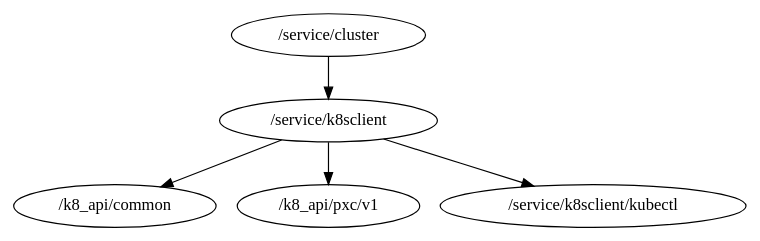
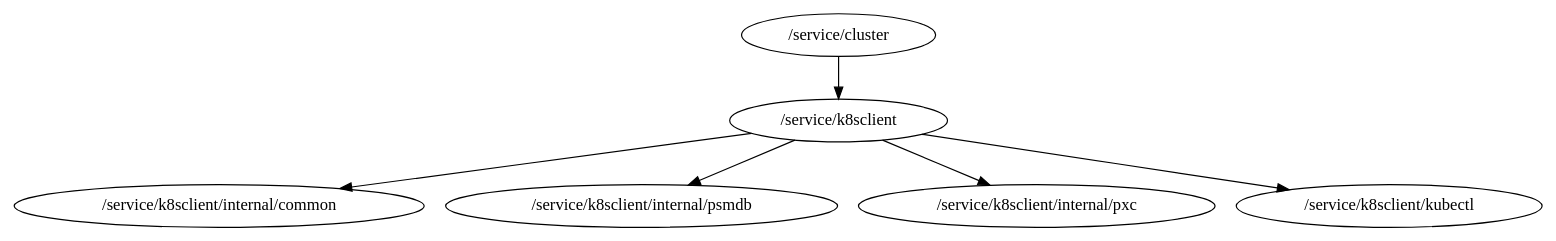
Before and after one commit to percona/dbaas-controller: the diagram in packages.dot, drawn with Graphviz. The commit also changed 22 other files, not shown here.

First line of the commit message:
PMM-6863 Moved pxc/psmdb k8s/api and k8s/apimachinery to k8_api (#96)

```diff
--- a/packages.dot
+++ b/packages.dot
@@ -1,6 +1,7 @@
 digraph packages {
 	"/service/cluster" -> "/service/k8sclient";
-	"/service/k8sclient" -> "/k8_api/common";
-	"/service/k8sclient" -> "/k8_api/pxc/v1";
+	"/service/k8sclient" -> "/service/k8sclient/internal/common";
+	"/service/k8sclient" -> "/service/k8sclient/internal/psmdb";
+	"/service/k8sclient" -> "/service/k8sclient/internal/pxc";
 	"/service/k8sclient" -> "/service/k8sclient/kubectl";
 }
```
